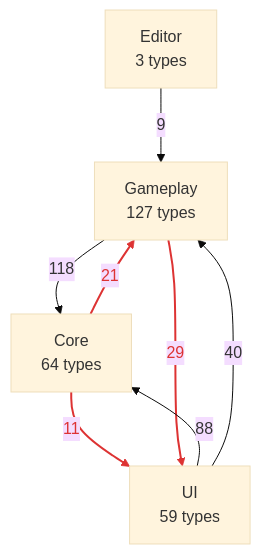
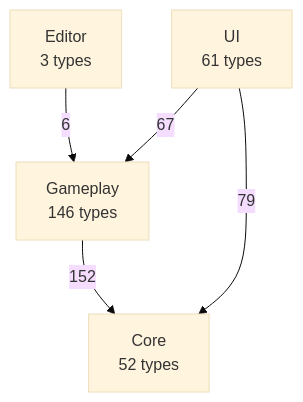
Before and after one commit to PhumipatWave/project-ocean: the first of 2 diagrams in docs/uml/00-overview.md, drawn with Mermaid (base theme). The commit also changed other lines of this file and 531 other files, not shown here.

````diff
--- a/docs/uml/00-overview.md
+++ b/docs/uml/00-overview.md
@@ -11,15 +11,11 @@
 ```mermaid
 flowchart TB
   Editor["Editor<br/>3 types"]
-  UI["UI<br/>59 types"]
-  Gameplay["Gameplay<br/>127 types"]
-  Core["Core<br/>64 types"]
-  Core -->|21| Gameplay
-  Core -->|11| UI
-  Editor -->|9| Gameplay
-  Gameplay -->|118| Core
-  Gameplay -->|29| UI
-  UI -->|88| Core
-  UI -->|40| Gameplay
-  linkStyle 0,1,4 stroke:#d33,stroke-width:2px,color:#d33
+  UI["UI<br/>61 types"]
+  Gameplay["Gameplay<br/>146 types"]
+  Core["Core<br/>52 types"]
+  Editor -->|6| Gameplay
+  Gameplay -->|152| Core
+  UI -->|79| Core
+  UI -->|67| Gameplay
 ```
````
